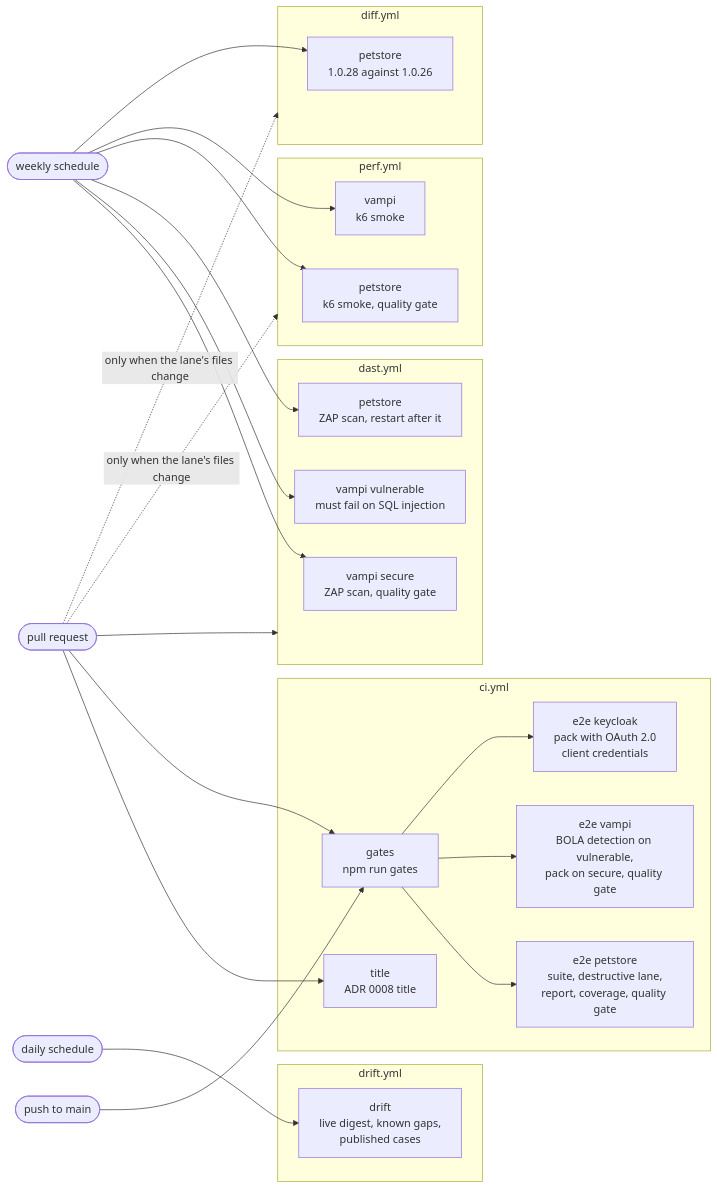
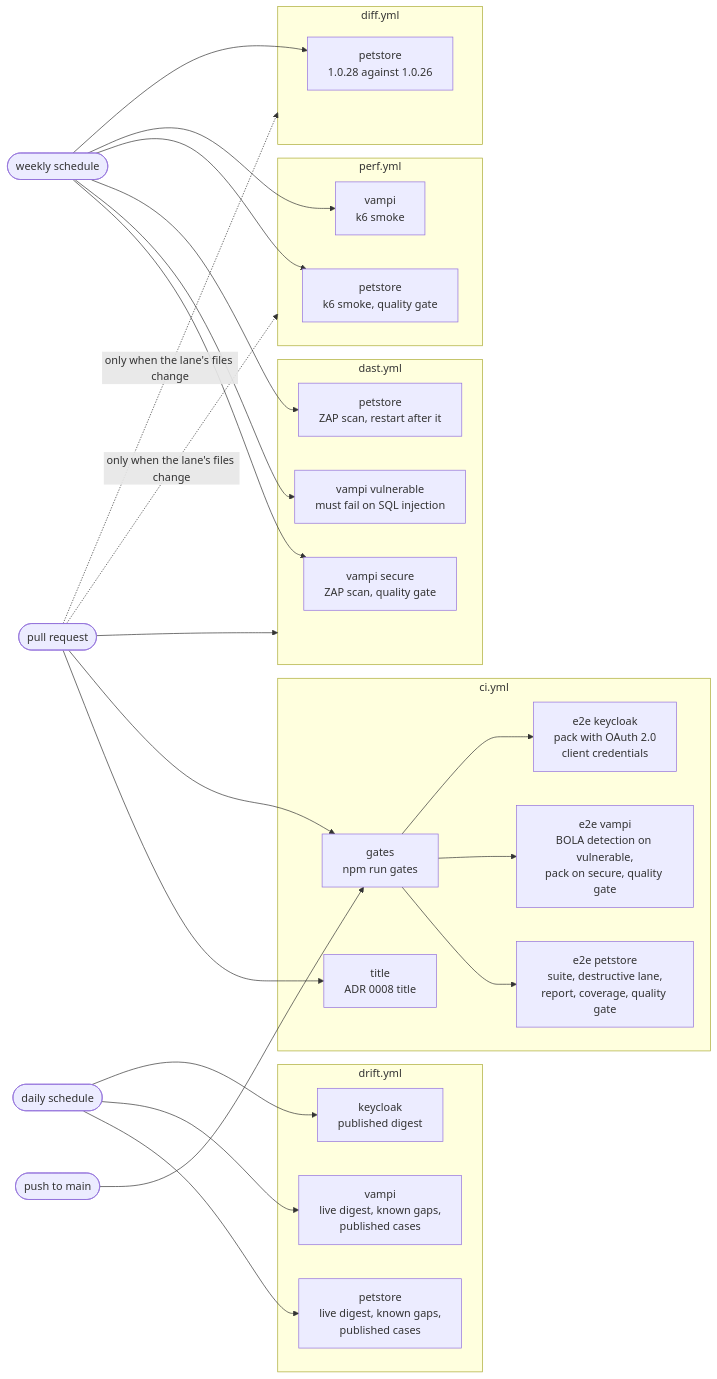
The diagram in docs/ci.md (marceloancieta/api-qa-agentic-framework), drawn with Mermaid before and after one commit. The commit also changed other lines of this file and 2 other files, not shown here.

First line of the commit message:
ci(drift): CI-17 check the contract drift of VAmPI and Keycloak too (#104)

````diff
--- a/docs/ci.md
+++ b/docs/ci.md
@@ -27,51 +27,55 @@
 ```mermaid
 flowchart LR
   pr(["pull request"])
   push(["push to main"])
   daily(["daily schedule"])
   weekly(["weekly schedule"])
 
   subgraph ciWf["ci.yml"]
     title["title<br/>ADR 0008 title"]
     gatesJob["gates<br/>npm run gates"]
     e2e["e2e petstore<br/>suite, destructive lane,<br/>report, coverage, quality gate"]
     e2eVampi["e2e vampi<br/>BOLA detection on vulnerable,<br/>pack on secure, quality gate"]
     e2eKeycloak["e2e keycloak<br/>pack with OAuth 2.0<br/>client credentials"]
     gatesJob --> e2e
     gatesJob --> e2eVampi
     gatesJob --> e2eKeycloak
   end
 
   subgraph driftWf["drift.yml"]
-    drift["drift<br/>live digest, known gaps,<br/>published cases"]
+    drift["petstore<br/>live digest, known gaps,<br/>published cases"]
+    driftVampi["vampi<br/>live digest, known gaps,<br/>published cases"]
+    driftKeycloak["keycloak<br/>published digest"]
   end
 
   subgraph dastWf["dast.yml"]
     dastSecure["vampi secure<br/>ZAP scan, quality gate"]
     dastVuln["vampi vulnerable<br/>must fail on SQL injection"]
     dastPet["petstore<br/>ZAP scan, restart after it"]
   end
 
   subgraph perfWf["perf.yml"]
     perfPet["petstore<br/>k6 smoke, quality gate"]
     perfVampi["vampi<br/>k6 smoke"]
   end
 
   subgraph diffWf["diff.yml"]
     diffPet["petstore<br/>1.0.28 against 1.0.26"]
   end
 
   pr --> title
   pr --> gatesJob
   push --> gatesJob
   daily --> drift
+  daily --> driftVampi
+  daily --> driftKeycloak
   weekly --> dastSecure
   weekly --> dastVuln
   weekly --> dastPet
   weekly --> perfPet
   weekly --> perfVampi
   weekly --> diffPet
   pr --> dastWf
   pr -.->|"only when the lane's files change"| perfWf
   pr -.->|"only when the lane's files change"| diffWf
 ```
````
